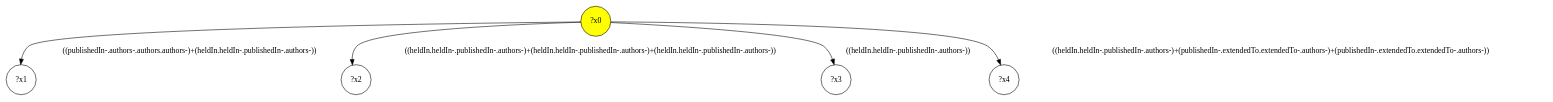
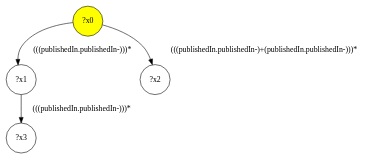
Before and after one commit to gbagan/gmark: the diagram in src/queryinterface/interface-queries/query-23.dot, drawn with Graphviz. The commit also changed 150 other files, not shown here.

```diff
--- a/src/queryinterface/interface-queries/query-23.dot
+++ b/src/queryinterface/interface-queries/query-23.dot
@@ -1,11 +1,9 @@
 digraph g {
 	x0 [fillcolor="yellow", style="filled," shape=circle, label="?x0"];
 	x1 [shape=circle, label="?x1"];
-	x0 -> x1 [label="((publishedIn-.authors-.authors.authors-)+(heldIn.heldIn-.publishedIn-.authors-))"];
+	x0 -> x1 [label="(((publishedIn.publishedIn-)))*"];
 	x2 [shape=circle, label="?x2"];
-	x0 -> x2 [label="((heldIn.heldIn-.publishedIn-.authors-)+(heldIn.heldIn-.publishedIn-.authors-)+(heldIn.heldIn-.publishedIn-.authors-))"];
+	x0 -> x2 [label="(((publishedIn.publishedIn-)+(publishedIn.publishedIn-)))*"];
 	x3 [shape=circle, label="?x3"];
-	x0 -> x3 [label="((heldIn.heldIn-.publishedIn-.authors-))"];
-	x4 [shape=circle, label="?x4"];
-	x0 -> x4 [label="((heldIn.heldIn-.publishedIn-.authors-)+(publishedIn-.extendedTo.extendedTo-.authors-)+(publishedIn-.extendedTo.extendedTo-.authors-))"];
+	x1 -> x3 [label="(((publishedIn.publishedIn-)))*"];
 }
```
